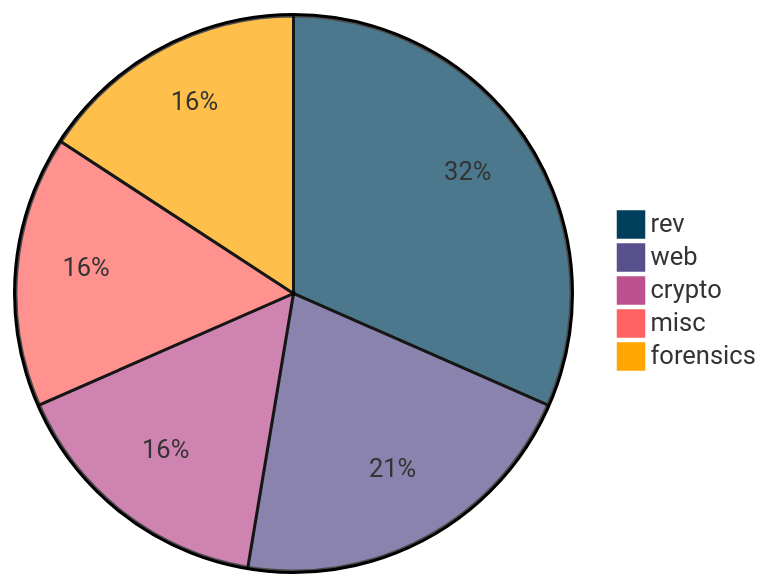
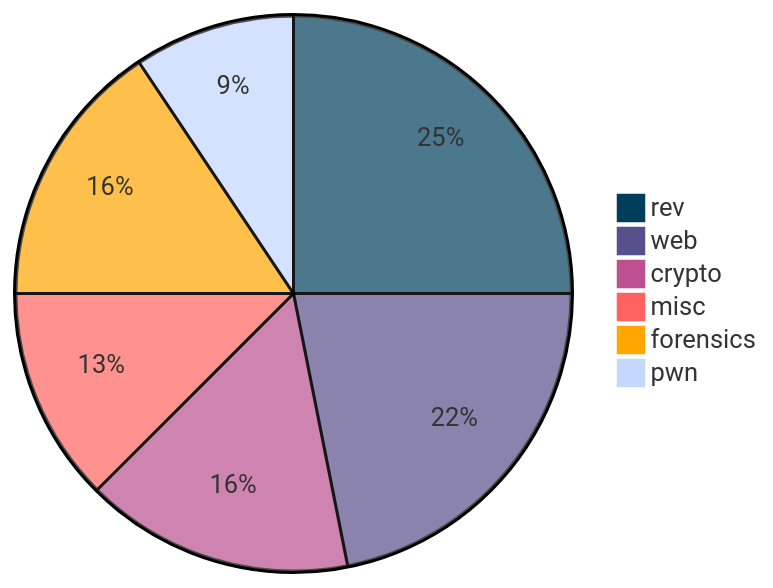
Before and after one commit to Nambers/ctf-writeups: the diagram in README.md, drawn with Mermaid. The commit also changed other lines of this file, not shown here.

Commit message:
chore: add stat

````diff
--- a/README.md
+++ b/README.md
@@ -7,10 +7,11 @@
 ```mermaid
 %%{init: {'theme': 'base', 'themeVariables': { 'pie1': '#003f5c', 'pie2': '#58508d', 'pie3': '#bc5090', 'pie4': '#ff6361', 'pie5': '#ffa600'}}}%%
 pie
-    "rev": 6
-    "web": 4
-    "crypto" : 3
+    "rev": 8
+    "web": 7
+    "crypto" : 5
     %% based_emoji incuded
-    "misc": 3
-    "forensics": 3
+    "misc": 4
+    "forensics": 5
+    "pwn": 3
 ```
````
